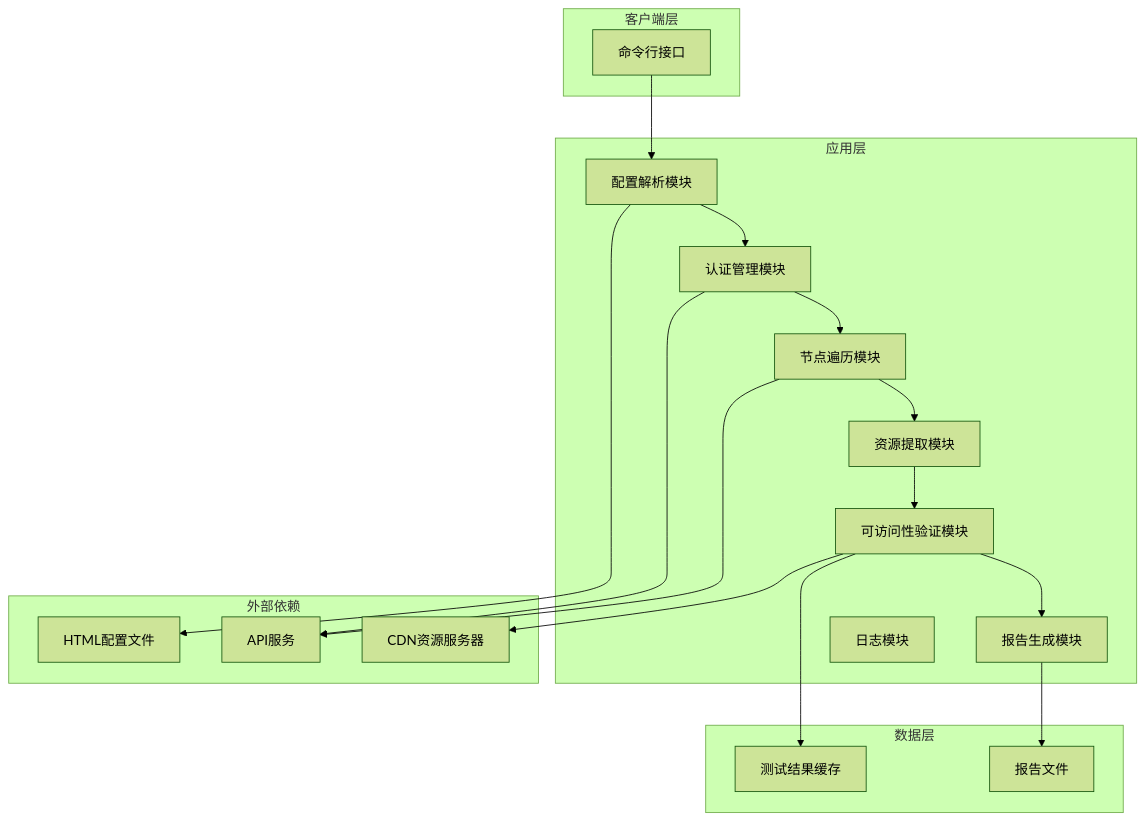
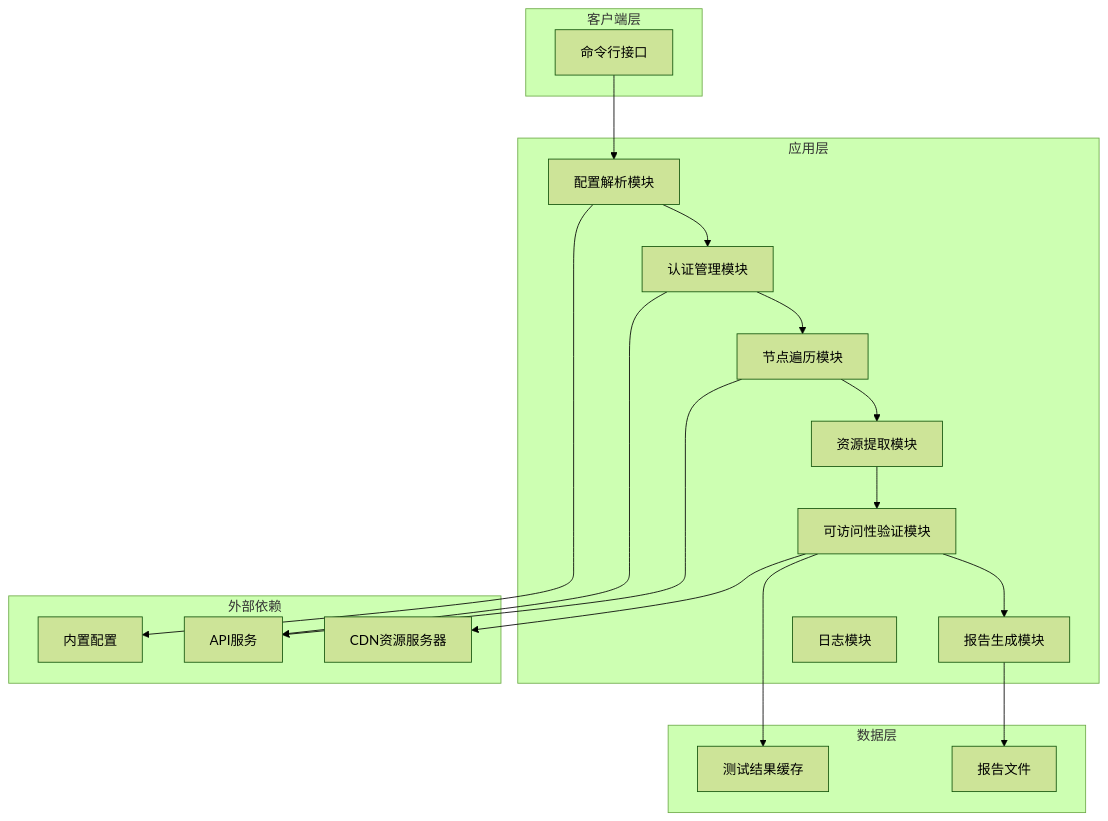
The first of 5 diagrams in data-test/cdn-test/architecture-design.md (igwwang/data-preview), drawn with Mermaid (forest theme) before and after one commit. The commit also changed other lines of this file and 6 other files, not shown here.

````diff
--- a/data-test/cdn-test/architecture-design.md
+++ b/data-test/cdn-test/architecture-design.md
@@ -83,40 +83,40 @@
 ```mermaid
 graph TB
     subgraph "客户端层"
         A[命令行接口]
     end
     
     subgraph "应用层"
         B1[配置解析模块]
         B2[认证管理模块]
         B3[节点遍历模块]
         B4[资源提取模块]
         B5[可访问性验证模块]
         B6[报告生成模块]
         B7[日志模块]
     end
     
     subgraph "数据层"
         C1[测试结果缓存]
         C2[报告文件]
     end
     
     subgraph "外部依赖"
-        D1[HTML配置文件]
+        D1[内置配置]
         D2[API服务]
         D3[CDN资源服务器]
     end
     
     A --> B1
     B1 --> B2
     B2 --> B3
     B3 --> B4
     B4 --> B5
     B5 --> B6
     B6 --> C2
     B5 --> C1
     B3 --> D2
     B5 --> D3
     B1 --> D1
     B2 --> D2
 ```
````
